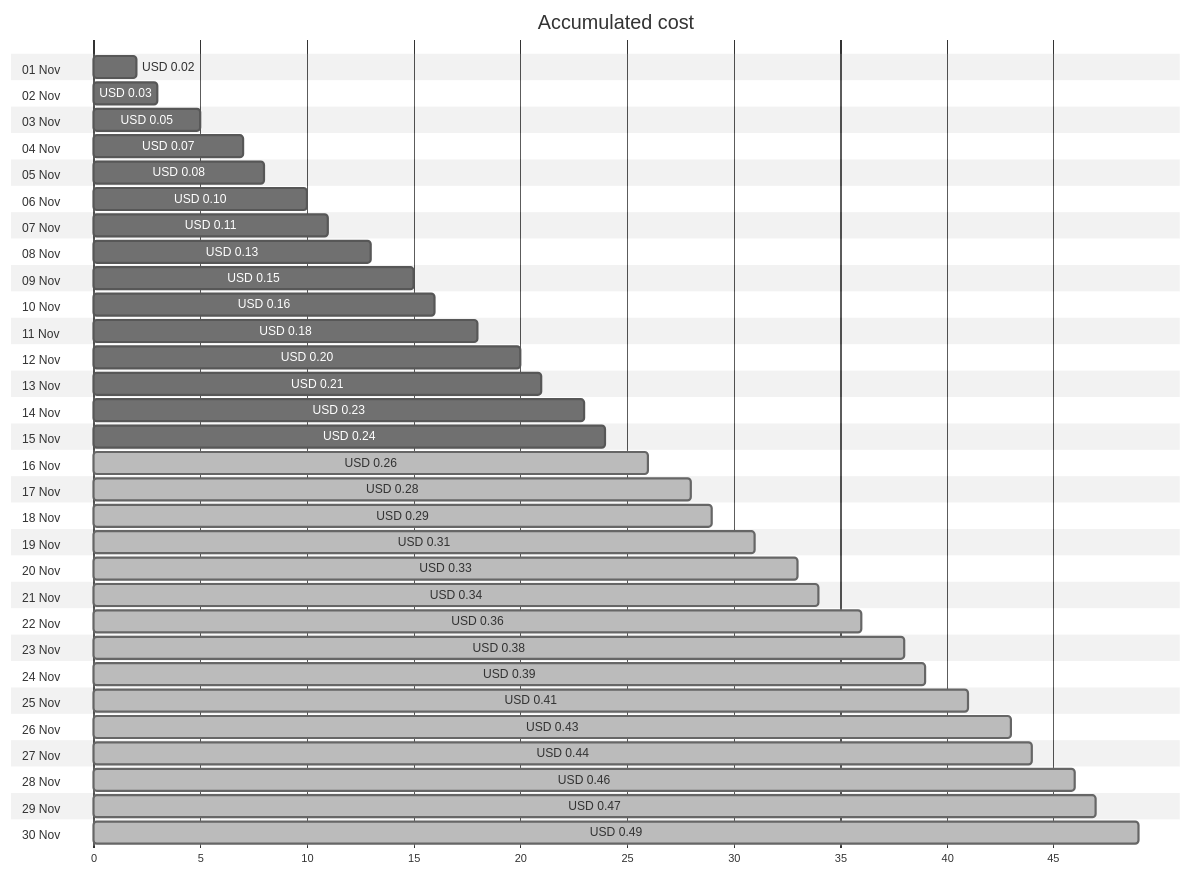
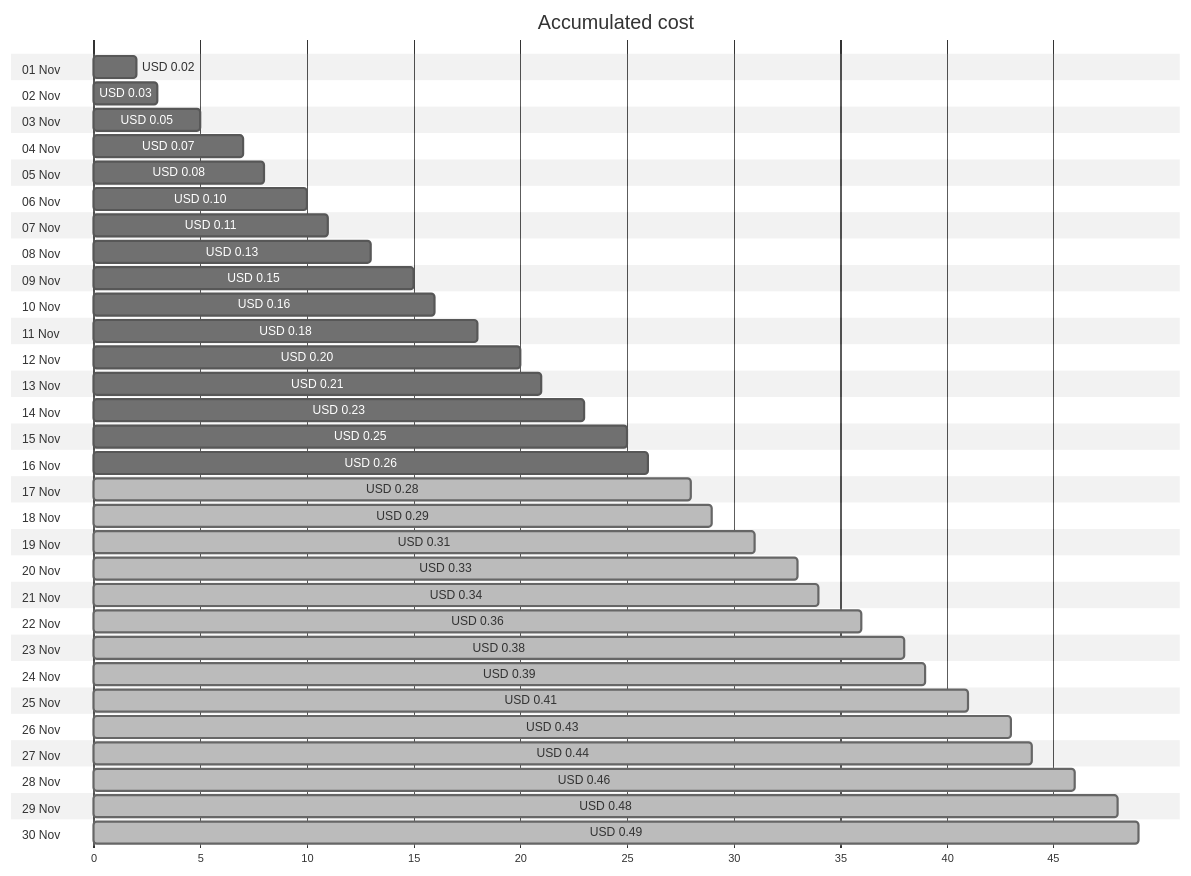
The first of 4 diagrams in cost-reports/personal-dns/jpatrickfulton.dev.md (jpfulton/azure-personal-reports), drawn with Mermaid (neutral theme) before and after one commit. The commit also changed other lines of this file and 2 other files, not shown here.

````diff
--- a/cost-reports/personal-dns/jpatrickfulton.dev.md
+++ b/cost-reports/personal-dns/jpatrickfulton.dev.md
@@ -20,66 +20,66 @@
 ```mermaid
 gantt
    title Accumulated cost
    dateFormat  X
    axisFormat %s
    section 01 Nov
    USD 0.02 :0, 2
    section 02 Nov
    USD 0.03 :0, 3
    section 03 Nov
    USD 0.05 :0, 5
    section 04 Nov
    USD 0.07 :0, 7
    section 05 Nov
    USD 0.08 :0, 8
    section 06 Nov
    USD 0.10 :0, 10
    section 07 Nov
    USD 0.11 :0, 11
    section 08 Nov
    USD 0.13 :0, 13
    section 09 Nov
    USD 0.15 :0, 15
    section 10 Nov
    USD 0.16 :0, 16
    section 11 Nov
    USD 0.18 :0, 18
    section 12 Nov
    USD 0.20 :0, 20
    section 13 Nov
    USD 0.21 :0, 21
    section 14 Nov
    USD 0.23 :0, 23
    section 15 Nov
-   USD 0.24 :0, 24
+   USD 0.25 :0, 25
    section 16 Nov
-   USD 0.26 : done, 0, 26
+   USD 0.26 :0, 26
    section 17 Nov
    USD 0.28 : done, 0, 28
    section 18 Nov
    USD 0.29 : done, 0, 29
    section 19 Nov
    USD 0.31 : done, 0, 31
    section 20 Nov
    USD 0.33 : done, 0, 33
    section 21 Nov
    USD 0.34 : done, 0, 34
    section 22 Nov
    USD 0.36 : done, 0, 36
    section 23 Nov
    USD 0.38 : done, 0, 38
    section 24 Nov
    USD 0.39 : done, 0, 39
    section 25 Nov
    USD 0.41 : done, 0, 41
    section 26 Nov
    USD 0.43 : done, 0, 43
    section 27 Nov
    USD 0.44 : done, 0, 44
    section 28 Nov
    USD 0.46 : done, 0, 46
    section 29 Nov
-   USD 0.47 : done, 0, 47
+   USD 0.48 : done, 0, 48
    section 30 Nov
    USD 0.49 : done, 0, 49
 ```
````
